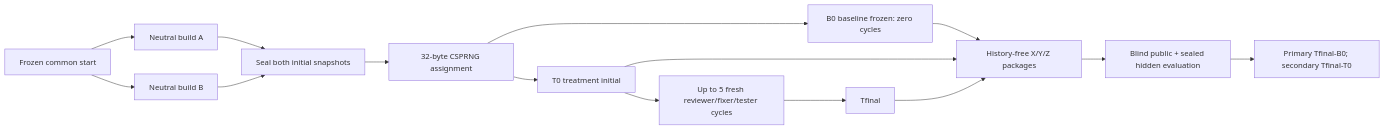
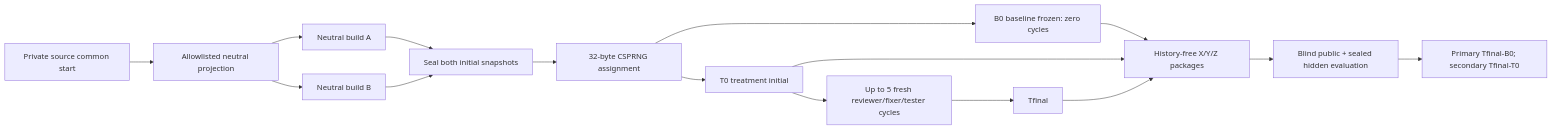
The diagram in README.md (GhostlyGawd/build-review-loop-test), drawn with Mermaid before and after one commit. The commit also changed other lines of this file and 19 other files, not shown here.

Commit message:
Enforce neutral builder input projection

````diff
--- a/README.md
+++ b/README.md
@@ -31,17 +31,18 @@
 ```mermaid
 flowchart LR
-  S[Frozen common start] --> A[Neutral build A]
-  S --> C[Neutral build B]
+  S[Private source common start] --> I[Allowlisted neutral projection]
+  I --> A[Neutral build A]
+  I --> C[Neutral build B]
   A --> Z[Seal both initial snapshots]
   C --> Z
   Z --> R[32-byte CSPRNG assignment]
   R --> B[B0 baseline frozen: zero cycles]
   R --> T[T0 treatment initial]
   T --> L[Up to 5 fresh reviewer/fixer/tester cycles]
   L --> F[Tfinal]
   B --> P[History-free X/Y/Z packages]
   T --> P
   F --> P
   P --> E[Blind public + sealed hidden evaluation]
   E --> O[Primary Tfinal-B0; secondary Tfinal-T0]
 ```
````
